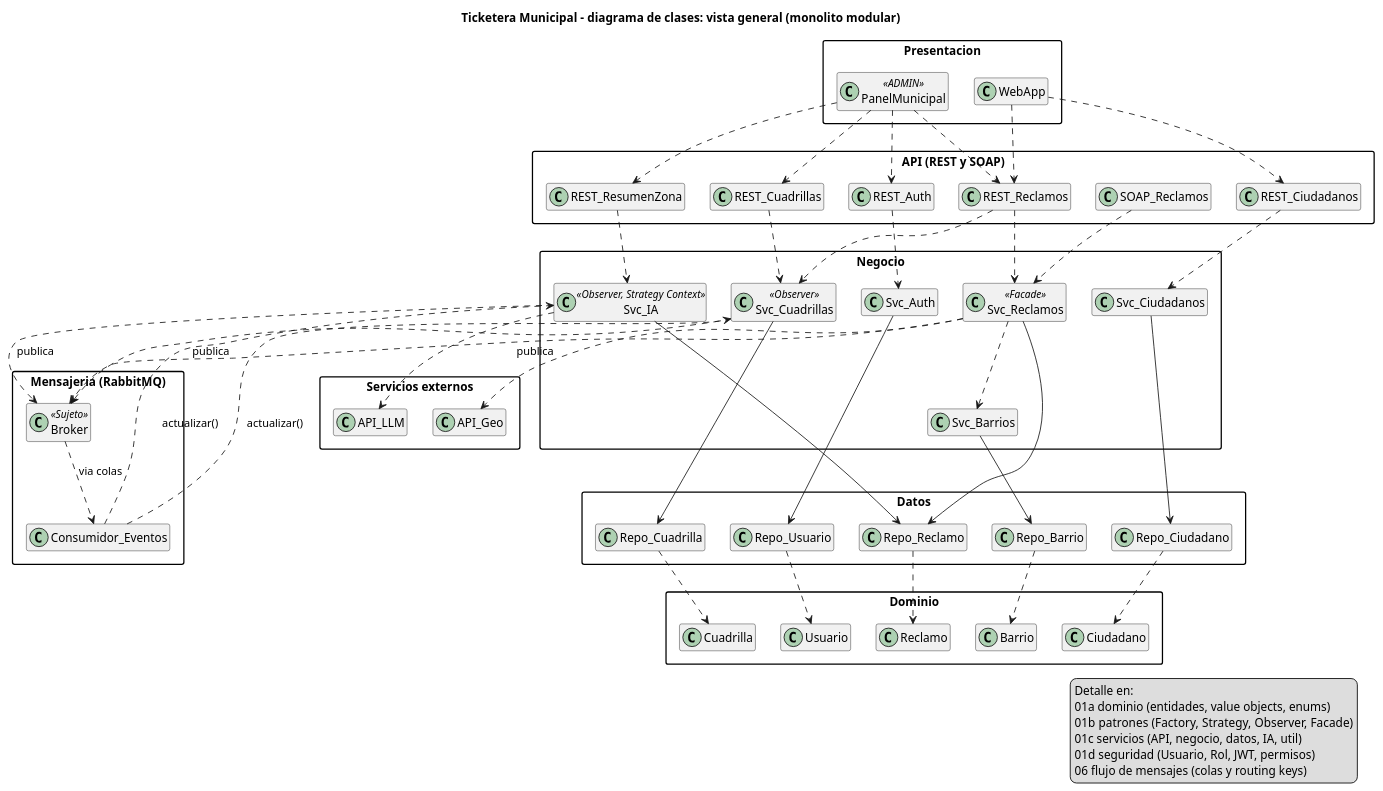
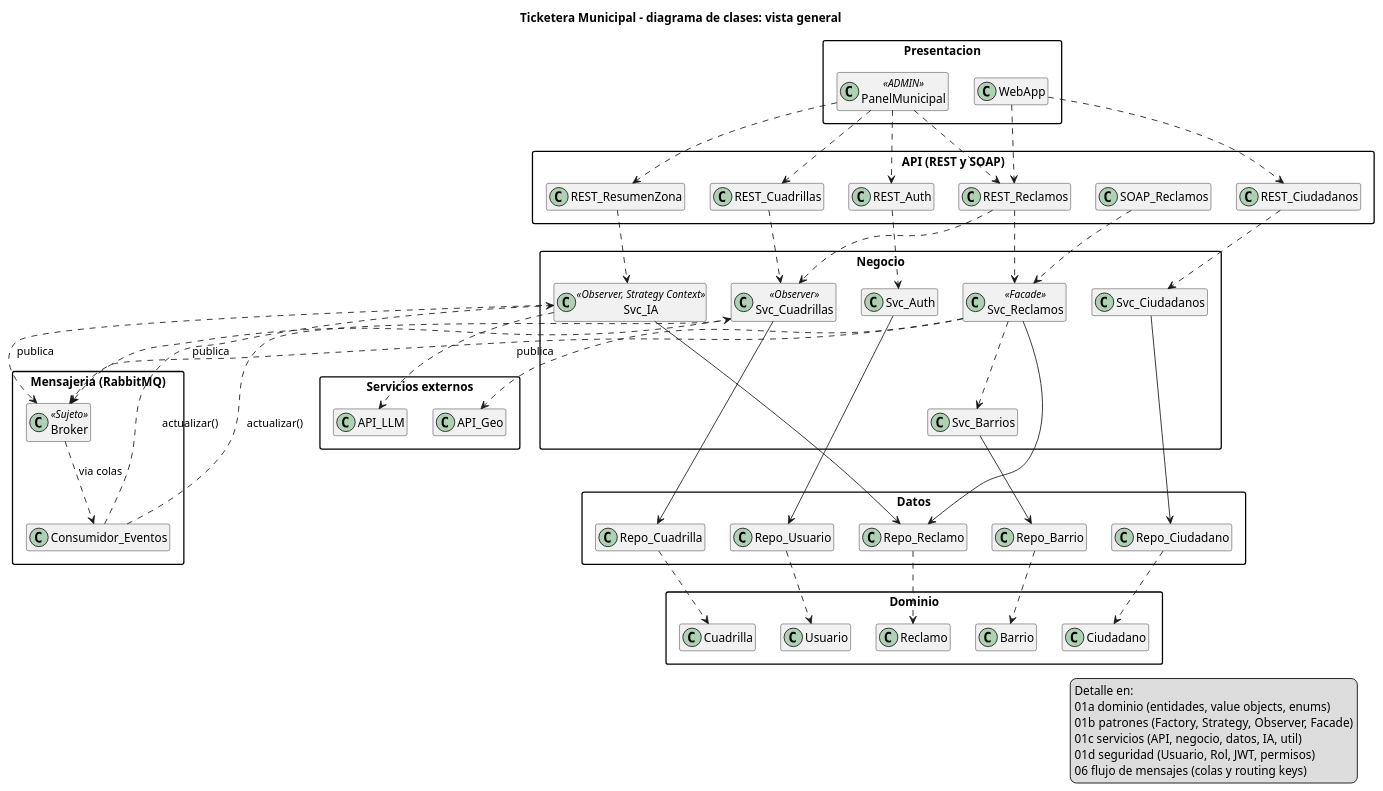
Before and after one commit to francolovera24/Backend-TicketeraMunicipal-DDA2: the diagram in docs/01_diagrama_clases.puml, drawn with PlantUML. The commit also changed 11 other files, not shown here.

```diff
--- a/docs/01_diagrama_clases.puml
+++ b/docs/01_diagrama_clases.puml
@@ -1,110 +1,110 @@
 @startuml 01_diagrama_clases
 ' Vista general: solo nombres y dependencias entre capas.
 ' Detalle (atributos, metodos, patrones) en:
 '   01a_clases_dominio, 01b_clases_patrones, 01c_clases_servicios, 01d_clases_seguridad
 
-title Ticketera Municipal - diagrama de clases: vista general (monolito modular)
+title Ticketera Municipal - diagrama de clases: vista general
 
 hide members
 hide empty methods
 skinparam packageStyle rectangle
 skinparam nodesep 30
 skinparam ranksep 50
 
 package "Presentacion" {
     class WebApp
     class PanelMunicipal <<ADMIN>>
 }
 
 package "API (REST y SOAP)" {
     class REST_Reclamos
     class REST_Ciudadanos
     class REST_Cuadrillas
     class REST_ResumenZona
     class REST_Auth
     class SOAP_Reclamos
 }
 
 package "Negocio" {
     class Svc_Reclamos <<Facade>>
     class Svc_Ciudadanos
     class Svc_Cuadrillas <<Observer>>
     class Svc_IA <<Observer, Strategy Context>>
     class Svc_Barrios
     class Svc_Auth
 }
 
 package "Mensajeria (RabbitMQ)" {
     class Broker <<Sujeto>>
     class Consumidor_Eventos
 }
 
 package "Datos" {
     class Repo_Reclamo
     class Repo_Ciudadano
     class Repo_Cuadrilla
     class Repo_Barrio
     class Repo_Usuario
 }
 
 package "Dominio" {
     class Reclamo
     class Ciudadano
     class Cuadrilla
     class Barrio
     class Usuario
 }
 
 package "Servicios externos" {
     class API_Geo
     class API_LLM
 }
 
 WebApp ..> REST_Reclamos
 WebApp ..> REST_Ciudadanos
 PanelMunicipal ..> REST_Reclamos
 PanelMunicipal ..> REST_ResumenZona
 PanelMunicipal ..> REST_Cuadrillas
 PanelMunicipal ..> REST_Auth
 
 REST_Reclamos ..> Svc_Reclamos
 REST_Reclamos ..> Svc_Cuadrillas
 REST_Ciudadanos ..> Svc_Ciudadanos
 REST_Cuadrillas ..> Svc_Cuadrillas
 REST_ResumenZona ..> Svc_IA
 REST_Auth ..> Svc_Auth
 SOAP_Reclamos ..> Svc_Reclamos
 
 Svc_Reclamos ..> Svc_Barrios
 Svc_Reclamos ..> Broker : publica
 Svc_Cuadrillas ..> Broker : publica
 Svc_IA ..> Broker : publica
 Broker ..> Consumidor_Eventos : via colas
 Consumidor_Eventos ..> Svc_Cuadrillas : actualizar()
 Consumidor_Eventos ..> Svc_IA : actualizar()
 
 Svc_Reclamos --> Repo_Reclamo
 Svc_IA --> Repo_Reclamo
 Svc_Ciudadanos --> Repo_Ciudadano
 Svc_Cuadrillas --> Repo_Cuadrilla
 Svc_Barrios --> Repo_Barrio
 Svc_Auth --> Repo_Usuario
 
 Repo_Reclamo ..> Reclamo
 Repo_Ciudadano ..> Ciudadano
 Repo_Cuadrilla ..> Cuadrilla
 Repo_Barrio ..> Barrio
 Repo_Usuario ..> Usuario
 
 Svc_Reclamos ..> API_Geo
 Svc_IA ..> API_LLM
 
 legend right
   Detalle en:
   01a dominio (entidades, value objects, enums)
   01b patrones (Factory, Strategy, Observer, Facade)
   01c servicios (API, negocio, datos, IA, util)
   01d seguridad (Usuario, Rol, JWT, permisos)
   06 flujo de mensajes (colas y routing keys)
 endlegend
 @enduml
```
